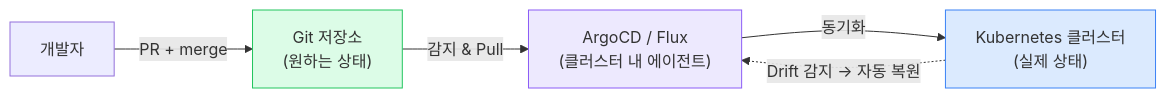
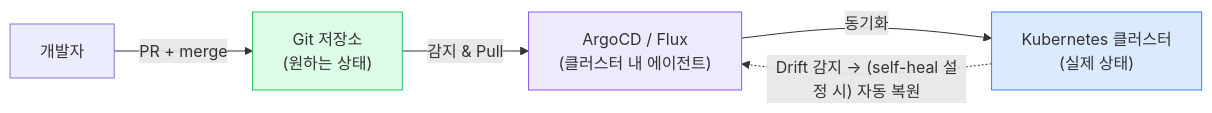
The fourth of 4 diagrams in apps/api/src/main/resources/content/infra-03-iac-terraform.md (hyeongseoblim/systemdesign), drawn with Mermaid before and after one commit. The commit also changed other lines of this file and 96 other files, not shown here.

````diff
--- a/apps/api/src/main/resources/content/infra-03-iac-terraform.md
+++ b/apps/api/src/main/resources/content/infra-03-iac-terraform.md
@@ -169,11 +169,11 @@
 ```mermaid
 flowchart LR
     Dev["개발자"] -->|"PR + merge"| Git["Git 저장소\n(원하는 상태)"]
     Git -->|"감지 & Pull"| Agent["ArgoCD / Flux\n(클러스터 내 에이전트)"]
     Agent -->|"동기화"| K8s["Kubernetes 클러스터\n(실제 상태)"]
-    K8s -.->|"Drift 감지 → 자동 복원"| Agent
+    K8s -.->|"Drift 감지 → (self-heal 설정 시) 자동 복원"| Agent
 
     style Git fill:#dcfce7,stroke:#22c55e
     style Agent fill:#ede9fe,stroke:#8b5cf6
     style K8s fill:#dbeafe,stroke:#3b82f6
 ```
````
